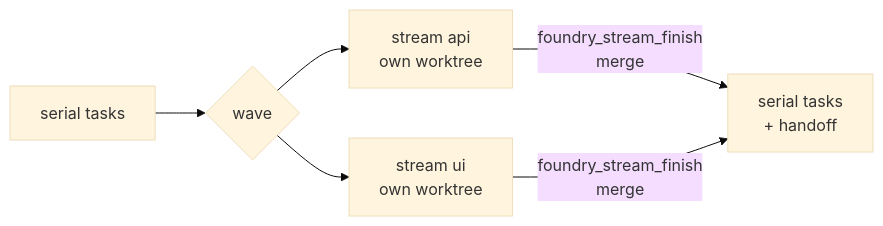
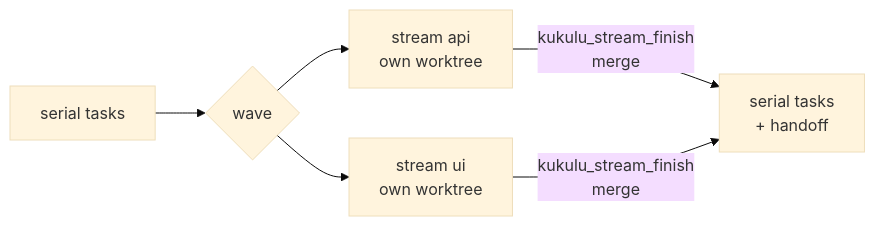
One commit to DisplaceTech/kukulu changed the third of 3 diagrams in README.md. Above: the diagram before and after it, drawn with Mermaid (base theme). The commit also changed other lines of this file and 30 other files, not shown here.

First line of the commit message:
RN-03: Rename the MCP tools from foundry_* to kukulu_*

````diff
--- a/README.md
+++ b/README.md
@@ -161,8 +161,8 @@
 ```mermaid
 flowchart LR
     S1["serial tasks"] --> W{"wave"}
     W --> A["stream api<br/>own worktree"]
     W --> B["stream ui<br/>own worktree"]
-    A -->|"foundry_stream_finish<br/>merge"| S2["serial tasks<br/>+ handoff"]
-    B -->|"foundry_stream_finish<br/>merge"| S2
+    A -->|"kukulu_stream_finish<br/>merge"| S2["serial tasks<br/>+ handoff"]
+    B -->|"kukulu_stream_finish<br/>merge"| S2
 ```
````
